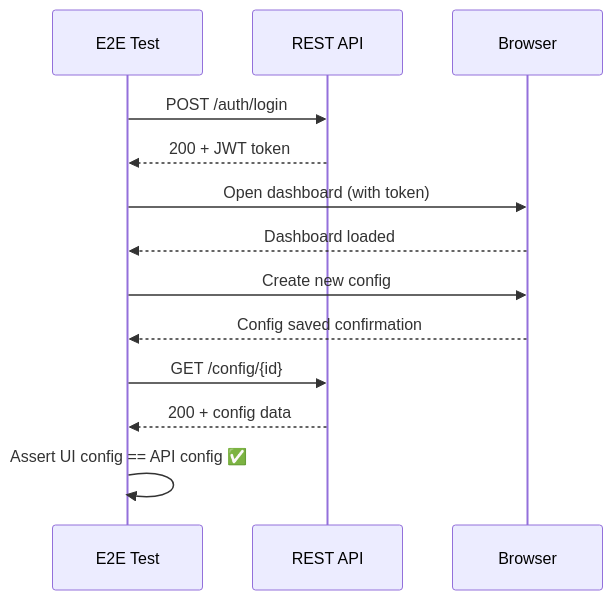
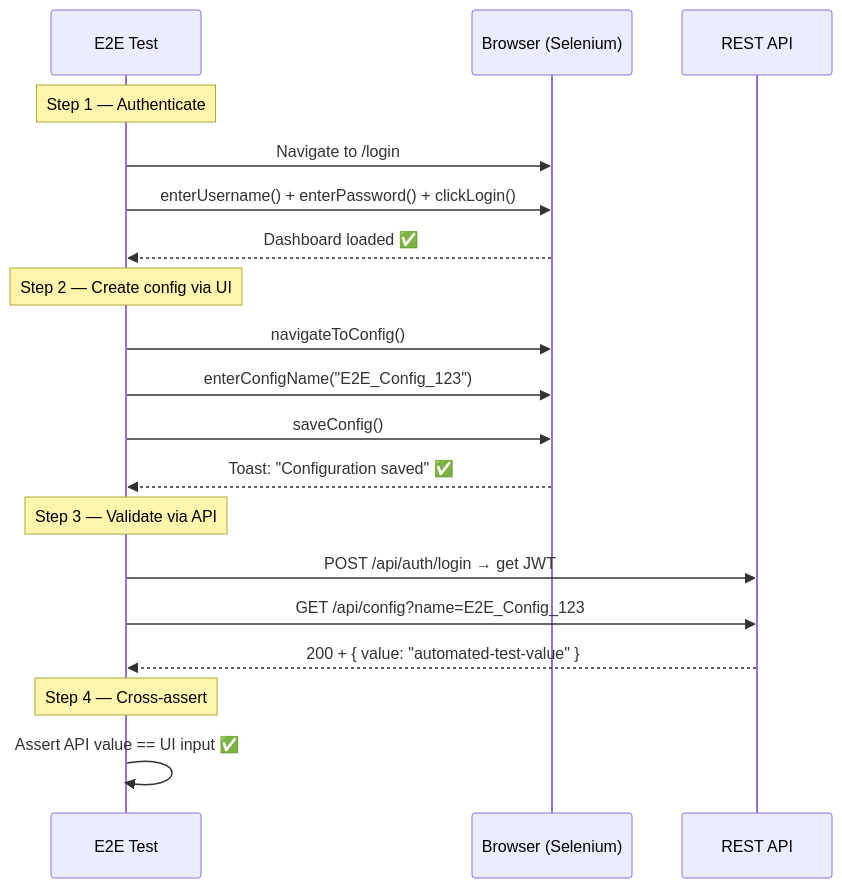
One commit to Rajshri12/Automation-Suite changed the fourth of 5 diagrams in README.md. Above: the diagram before and after it, drawn with Mermaid. The commit also changed other lines of this file, not shown here.

Commit message:
docs: overhaul README with full architecture diagrams, POM flow, E2E sequence and CI pipeline

````diff
--- a/README.md
+++ b/README.md
@@ -90,20 +147,25 @@
 ```mermaid
 sequenceDiagram
     participant T as E2E Test
-    participant API as REST API
-    participant UI as Browser
+    participant B as Browser (Selenium)
+    participant A as REST API
 
-    T->>API: POST /auth/login
-    API-->>T: 200 + JWT token
+    Note over T: Step 1 — Authenticate
+    T->>B: Navigate to /login
+    T->>B: enterUsername() + enterPassword() + clickLogin()
+    B-->>T: Dashboard loaded ✅
 
-    T->>UI: Open dashboard (with token)
-    UI-->>T: Dashboard loaded
+    Note over T: Step 2 — Create config via UI
+    T->>B: navigateToConfig()
+    T->>B: enterConfigName("E2E_Config_123")
+    T->>B: saveConfig()
+    B-->>T: Toast: "Configuration saved" ✅
 
-    T->>UI: Create new config
-    UI-->>T: Config saved confirmation
+    Note over T: Step 3 — Validate via API
+    T->>A: POST /api/auth/login → get JWT
+    T->>A: GET /api/config?name=E2E_Config_123
+    A-->>T: 200 + { value: "automated-test-value" }
 
-    T->>API: GET /config/{id}
-    API-->>T: 200 + config data
-
-    T->>T: Assert UI config == API config ✅
+    Note over T: Step 4 — Cross-assert
+    T->>T: Assert API value == UI input ✅
 ```
````
